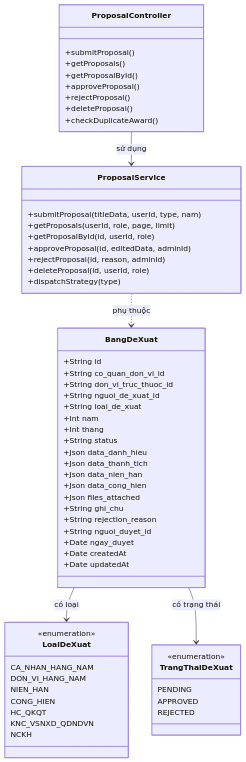
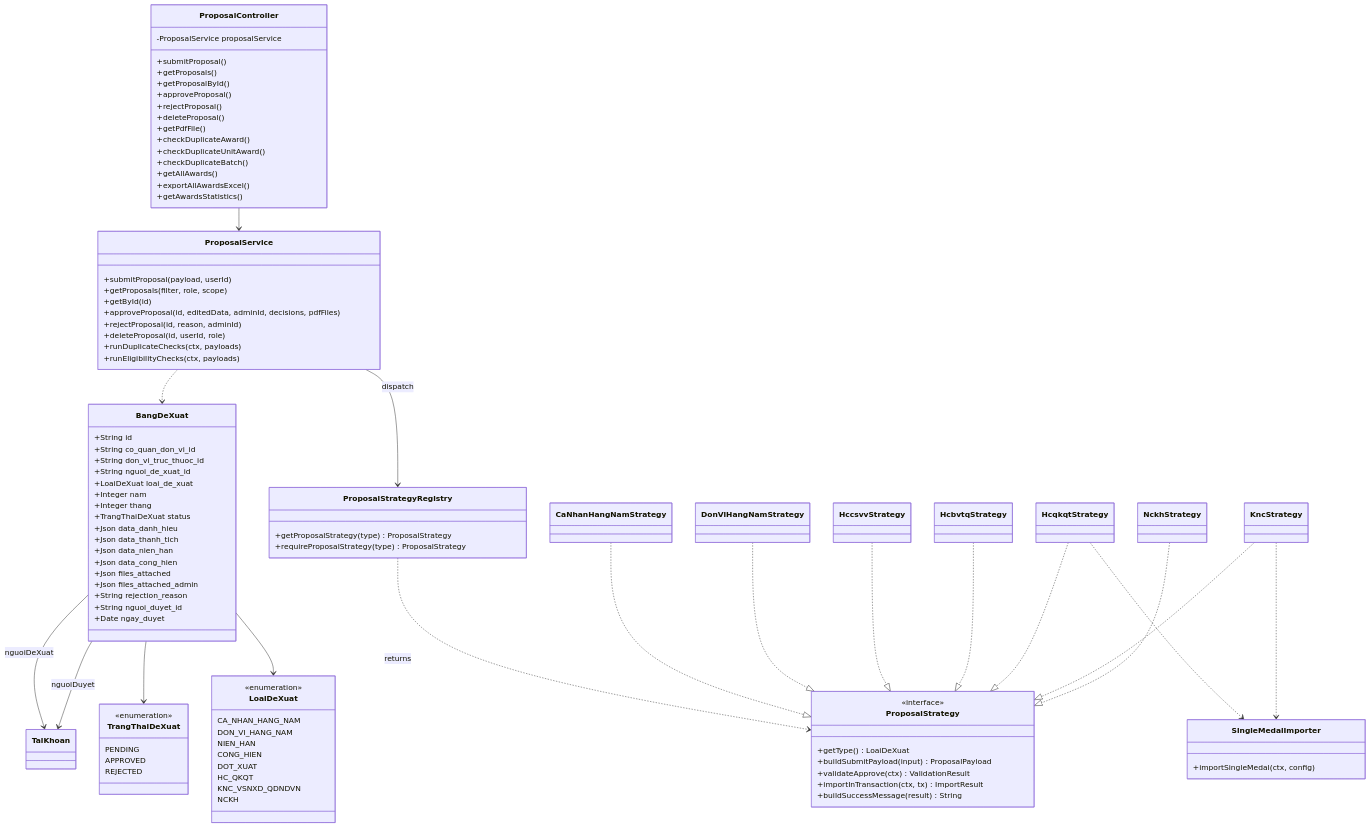
One commit to tranducbk/DATN_PM_QLKT changed the third of 10 diagrams in docs/diagrams/04-class.md. Above: the diagram before and after it, drawn with Mermaid. The commit also changed other lines of this file and 69 other files, not shown here.

````diff
--- a/docs/diagrams/04-class.md
+++ b/docs/diagrams/04-class.md
@@ -167,21 +290,19 @@
         +String co_quan_don_vi_id
         +String don_vi_truc_thuoc_id
         +String nguoi_de_xuat_id
-        +String loai_de_xuat
-        +Int nam
-        +Int thang
-        +String status
+        +LoaiDeXuat loai_de_xuat
+        +Integer nam
+        +Integer thang
+        +TrangThaiDeXuat status
         +Json data_danh_hieu
         +Json data_thanh_tich
         +Json data_nien_han
         +Json data_cong_hien
         +Json files_attached
-        +String ghi_chu
+        +Json files_attached_admin
         +String rejection_reason
         +String nguoi_duyet_id
         +Date ngay_duyet
-        +Date createdAt
-        +Date updatedAt
     }
 
     class LoaiDeXuat {
@@ -190,6 +311,7 @@
         DON_VI_HANG_NAM
         NIEN_HAN
         CONG_HIEN
+        DOT_XUAT
         HC_QKQT
         KNC_VSNXD_QDNDVN
         NCKH
@@ -203,27 +325,76 @@
     }
 
     class ProposalController {
+        -ProposalService proposalService
         +submitProposal()
         +getProposals()
         +getProposalById()
         +approveProposal()
         +rejectProposal()
         +deleteProposal()
+        +getPdfFile()
         +checkDuplicateAward()
+        +checkDuplicateUnitAward()
+        +checkDuplicateBatch()
+        +getAllAwards()
+        +exportAllAwardsExcel()
+        +getAwardsStatistics()
     }
 
     class ProposalService {
-        +submitProposal(titleData, userId, type, nam)
-        +getProposals(userId, role, page, limit)
-        +getProposalById(id, userId, role)
-        +approveProposal(id, editedData, adminId)
+        +submitProposal(payload, userId)
+        +getProposals(filter, role, scope)
+        +getById(id)
+        +approveProposal(id, editedData, adminId, decisions, pdfFiles)
         +rejectProposal(id, reason, adminId)
         +deleteProposal(id, userId, role)
-        +dispatchStrategy(type)
+        +runDuplicateChecks(ctx, payloads)
+        +runEligibilityChecks(ctx, payloads)
     }
 
-    BangDeXuat --> LoaiDeXuat : có loại
-    BangDeXuat --> TrangThaiDeXuat : có trạng thái
-    ProposalController --> ProposalService : sử dụng
-    ProposalService ..> BangDeXuat : phụ thuộc
+    class ProposalStrategy {
+        <<interface>>
+        +getType() LoaiDeXuat
+        +buildSubmitPayload(input) ProposalPayload
+        +validateApprove(ctx) ValidationResult
+        +importInTransaction(ctx, tx) ImportResult
+        +buildSuccessMessage(result) String
+    }
+
+    class ProposalStrategyRegistry {
+        +getProposalStrategy(type) ProposalStrategy
+        +requireProposalStrategy(type) ProposalStrategy
+    }
+
+    class CaNhanHangNamStrategy
+    class DonViHangNamStrategy
+    class HccsvvStrategy
+    class HcbvtqStrategy
+    class HcqkqtStrategy
+    class KncStrategy
+    class NckhStrategy
+
+    class SingleMedalImporter {
+        +importSingleMedal(ctx, config)
+    }
+
+    ProposalController --> ProposalService
+    ProposalService --> ProposalStrategyRegistry : dispatch
+    ProposalStrategyRegistry ..> ProposalStrategy : returns
+    CaNhanHangNamStrategy ..|> ProposalStrategy
+    DonViHangNamStrategy ..|> ProposalStrategy
+    HccsvvStrategy ..|> ProposalStrategy
+    HcbvtqStrategy ..|> ProposalStrategy
+    HcqkqtStrategy ..|> ProposalStrategy
+    KncStrategy ..|> ProposalStrategy
+    NckhStrategy ..|> ProposalStrategy
+
+    HcqkqtStrategy ..> SingleMedalImporter
+    KncStrategy ..> SingleMedalImporter
+
+    ProposalService ..> BangDeXuat
+    BangDeXuat --> LoaiDeXuat
+    BangDeXuat --> TrangThaiDeXuat
+    BangDeXuat --> TaiKhoan : nguoiDeXuat
+    BangDeXuat --> TaiKhoan : nguoiDuyet
 ```
````
